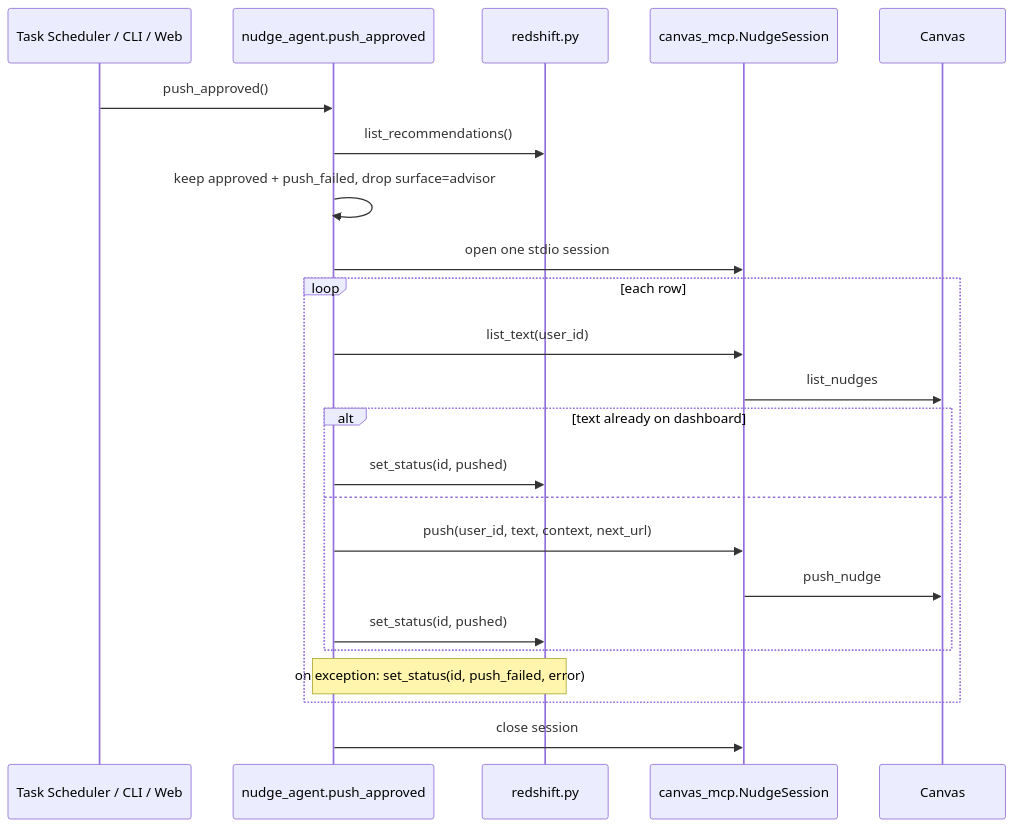
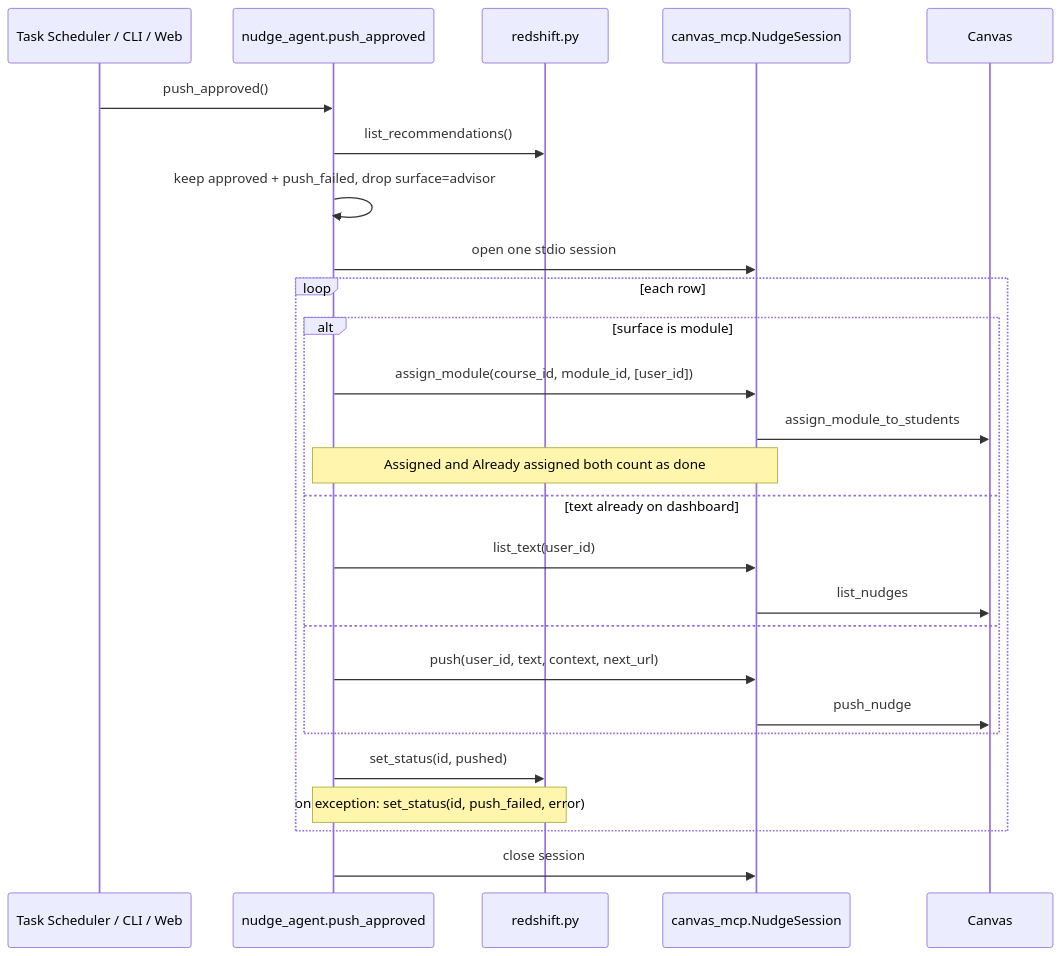
Before and after one commit to rdpatilds/nudge-agent: the seventh of 7 diagrams in docs/ARCHITECTURE.md, drawn with Mermaid. The commit also changed other lines of this file and 13 other files, not shown here.

````diff
--- a/docs/ARCHITECTURE.md
+++ b/docs/ARCHITECTURE.md
@@ -256,25 +377,28 @@
 ```mermaid
 sequenceDiagram
     participant T as Task Scheduler / CLI / Web
     participant A as nudge_agent.push_approved
     participant R as redshift.py
     participant M as canvas_mcp.NudgeSession
     participant C as Canvas
     T->>A: push_approved()
     A->>R: list_recommendations()
     A->>A: keep approved + push_failed, drop surface=advisor
     A->>M: open one stdio session
     loop each row
-        A->>M: list_text(user_id)
-        M->>C: list_nudges
-        alt text already on dashboard
-            A->>R: set_status(id, pushed)
+        alt surface is module
+            A->>M: assign_module(course_id, module_id, [user_id])
+            M->>C: assign_module_to_students
+            Note over A,M: Assigned and Already assigned both count as done
+        else text already on dashboard
+            A->>M: list_text(user_id)
+            M->>C: list_nudges
         else
             A->>M: push(user_id, text, context, next_url)
             M->>C: push_nudge
-            A->>R: set_status(id, pushed)
         end
+        A->>R: set_status(id, pushed)
         Note over A,R: on exception: set_status(id, push_failed, error)
     end
     A->>M: close session
 ```
````
